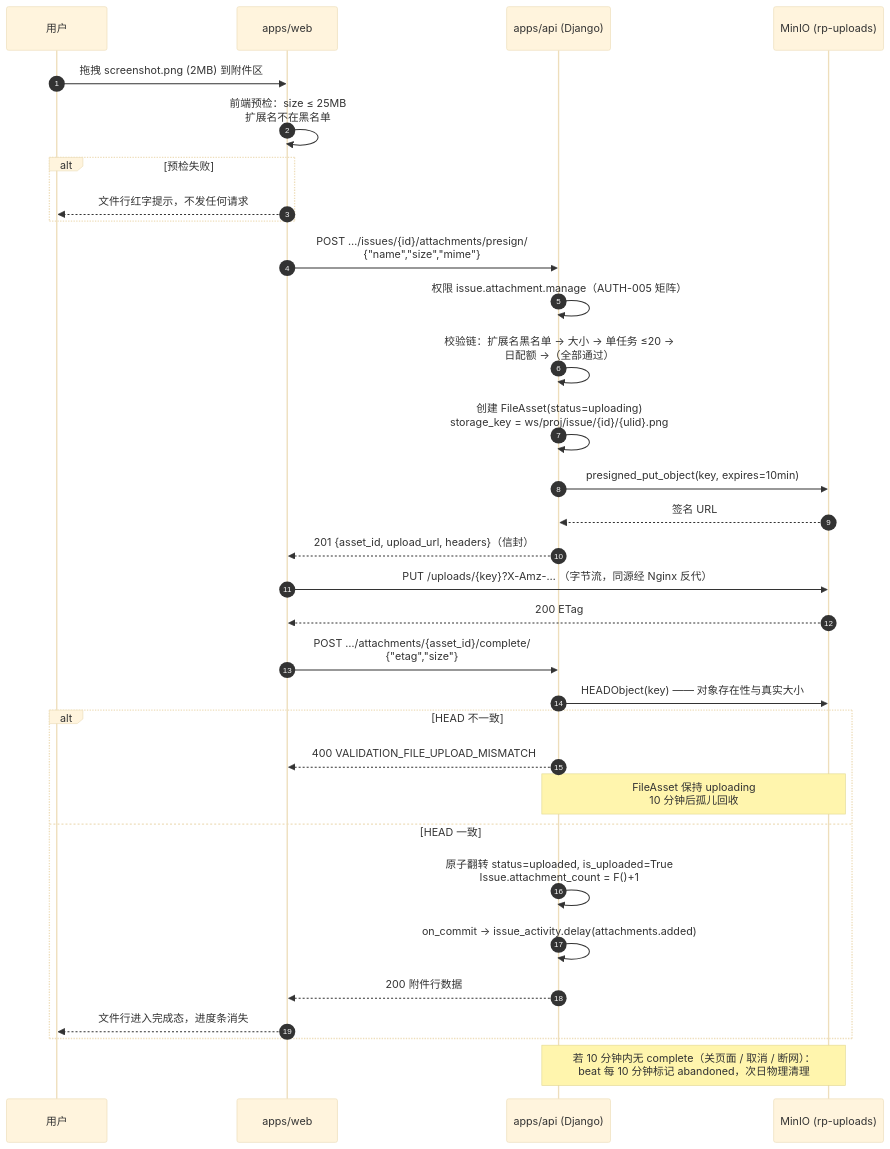
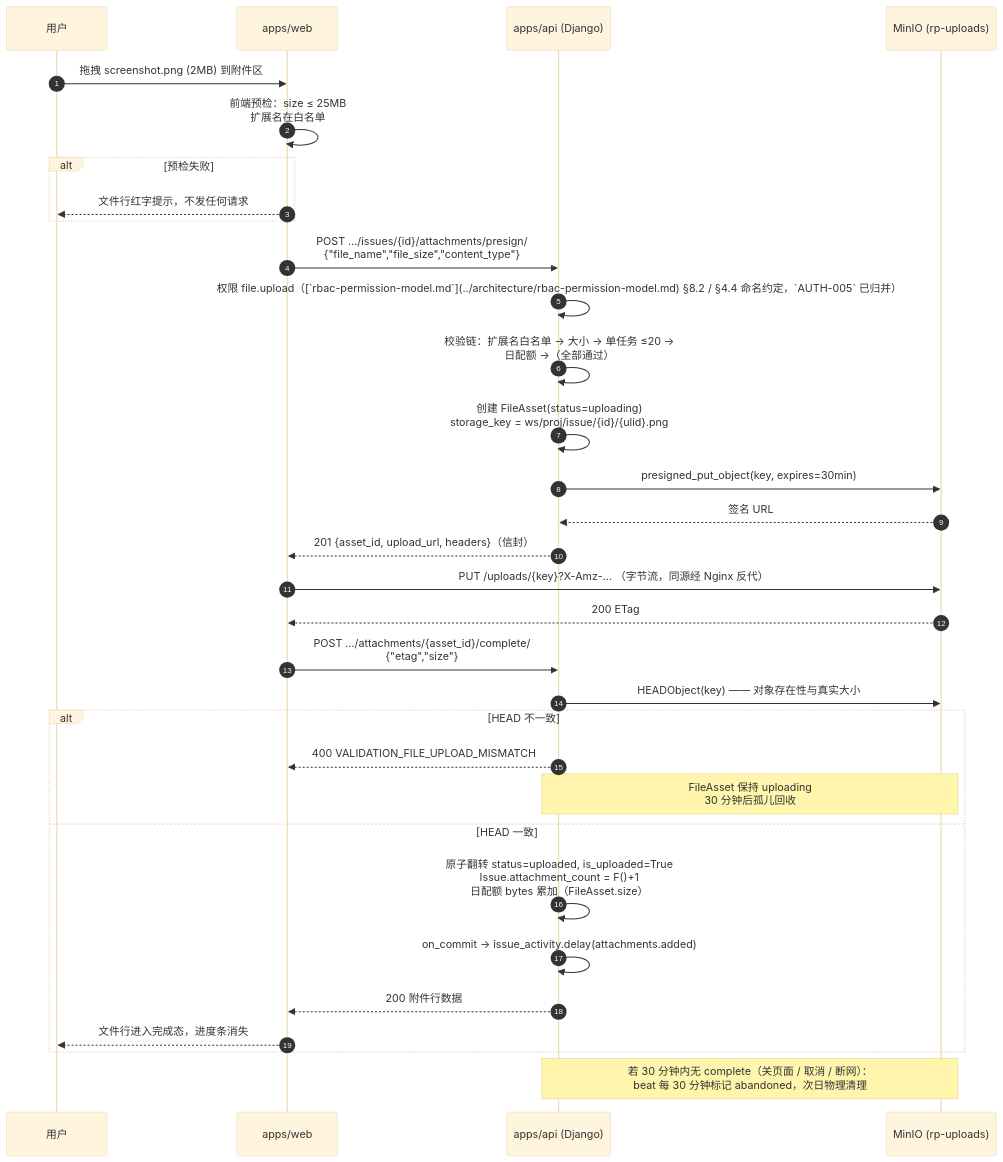
One commit to RabbitAI-Lab/RabbitProjects changed the first of 3 diagrams in docs/sprint-1-mvp/FILE-001-task-attachment.md. Above: the diagram before and after it, drawn with Mermaid (base theme). The commit also changed other lines of this file and 11 other files, not shown here.

````diff
--- a/docs/sprint-1-mvp/FILE-001-task-attachment.md
+++ b/docs/sprint-1-mvp/FILE-001-task-attachment.md
@@ -115,35 +117,35 @@
 ```mermaid
 sequenceDiagram
     autonumber
     participant U as 用户
     participant W as apps/web
     participant A as apps/api (Django)
     participant M as MinIO (rp-uploads)
 
     U->>W: 拖拽 screenshot.png (2MB) 到附件区
-    W->>W: 前端预检：size ≤ 25MB<br/>扩展名不在黑名单
+    W->>W: 前端预检：size ≤ 25MB<br/>扩展名在白名单
     alt 预检失败
         W-->>U: 文件行红字提示，不发任何请求
     end
-    W->>A: POST …/issues/{id}/attachments/presign/<br/>{"name","size","mime"}
-    A->>A: 权限 issue.attachment.manage（AUTH-005 矩阵）
-    A->>A: 校验链：扩展名黑名单 → 大小 → 单任务 ≤20 →<br/>日配额 →（全部通过）
+    W->>A: POST …/issues/{id}/attachments/presign/<br/>{"file_name","file_size","content_type"}
+    A->>A: 权限 file.upload（[`rbac-permission-model.md`](../architecture/rbac-permission-model.md) §8.2 / §4.4 命名约定，`AUTH-005` 已归并）
+    A->>A: 校验链：扩展名白名单 → 大小 → 单任务 ≤20 →<br/>日配额 →（全部通过）
     A->>A: 创建 FileAsset(status=uploading)<br/>storage_key = ws/proj/issue/{id}/{ulid}.png
-    A->>M: presigned_put_object(key, expires=10min)
+    A->>M: presigned_put_object(key, expires=30min)
     M-->>A: 签名 URL
     A-->>W: 201 {asset_id, upload_url, headers}（信封）
     W->>M: PUT /uploads/{key}?X-Amz-… （字节流，同源经 Nginx 反代）
     M-->>W: 200 ETag
     W->>A: POST …/attachments/{asset_id}/complete/<br/>{"etag","size"}
     A->>M: HEADObject(key) —— 对象存在性与真实大小
     alt HEAD 不一致
         A-->>W: 400 VALIDATION_FILE_UPLOAD_MISMATCH
-        Note over A,M: FileAsset 保持 uploading<br/>10 分钟后孤儿回收
+        Note over A,M: FileAsset 保持 uploading<br/>30 分钟后孤儿回收
     else HEAD 一致
-        A->>A: 原子翻转 status=uploaded, is_uploaded=True<br/>Issue.attachment_count = F()+1
+        A->>A: 原子翻转 status=uploaded, is_uploaded=True<br/>Issue.attachment_count = F()+1<br/>日配额 bytes 累加（FileAsset.size）
         A->>A: on_commit → issue_activity.delay(attachments.added)
         A-->>W: 200 附件行数据
         W-->>U: 文件行进入完成态，进度条消失
     end
-    Note over A,M: 若 10 分钟内无 complete（关页面 / 取消 / 断网）：<br/>beat 每 10 分钟标记 abandoned，次日物理清理
+    Note over A,M: 若 30 分钟内无 complete（关页面 / 取消 / 断网）：<br/>beat 每 30 分钟标记 abandoned，次日物理清理
 ```
````
